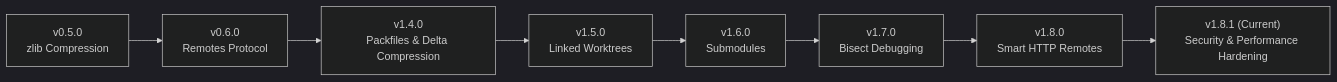
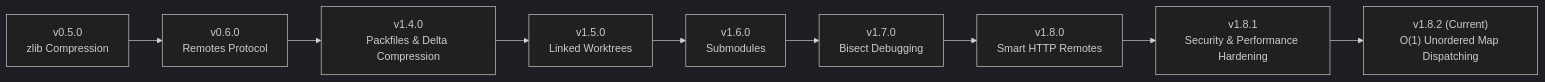
One commit to sagarkrjha/minigit changed the fifth of 5 diagrams in FEATURES.md. Above: the diagram before and after it, drawn with Mermaid (dark theme). The commit also changed other lines of this file and 12 other files, not shown here.

Commit message:
refactor(cli,core): replace linear conditional checks with unordered_map and bump version to 1.8.2

````diff
--- a/FEATURES.md
+++ b/FEATURES.md
@@ -2210,10 +2210,11 @@
 ```mermaid
 flowchart LR
     A["v0.5.0\nzlib Compression"] --> B["v0.6.0\nRemotes Protocol"]
     B --> C["v1.4.0\nPackfiles & Delta Compression"]
     C --> D["v1.5.0\nLinked Worktrees"]
     D --> E["v1.6.0\nSubmodules"]
     E --> F["v1.7.0\nBisect Debugging"]
     F --> G["v1.8.0\nSmart HTTP Remotes"]
-    G --> H["v1.8.1 (Current)\nSecurity & Performance Hardening"]
+    G --> H["v1.8.1\nSecurity & Performance Hardening"]
+    H --> I["v1.8.2 (Current)\nO(1) Unordered Map Dispatching"]
 ```
````
